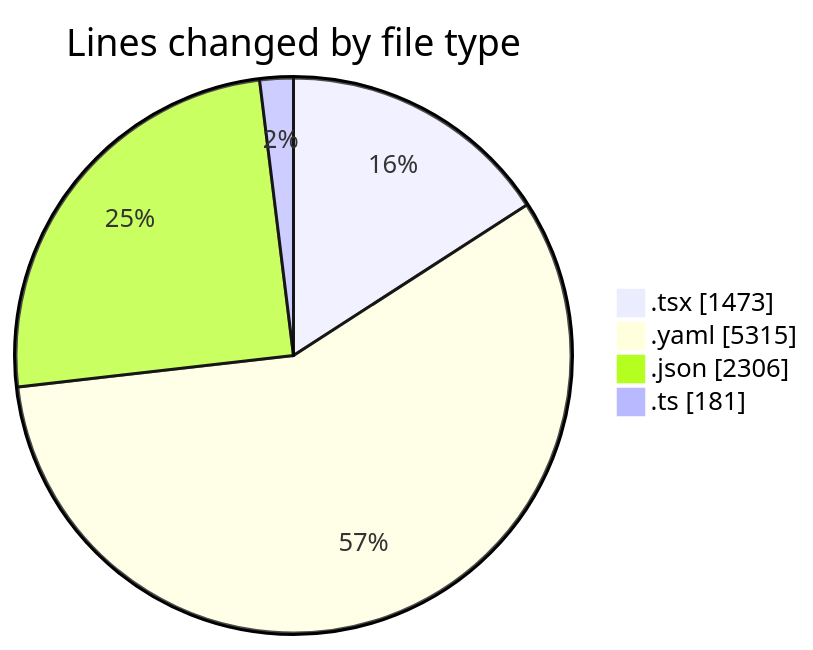
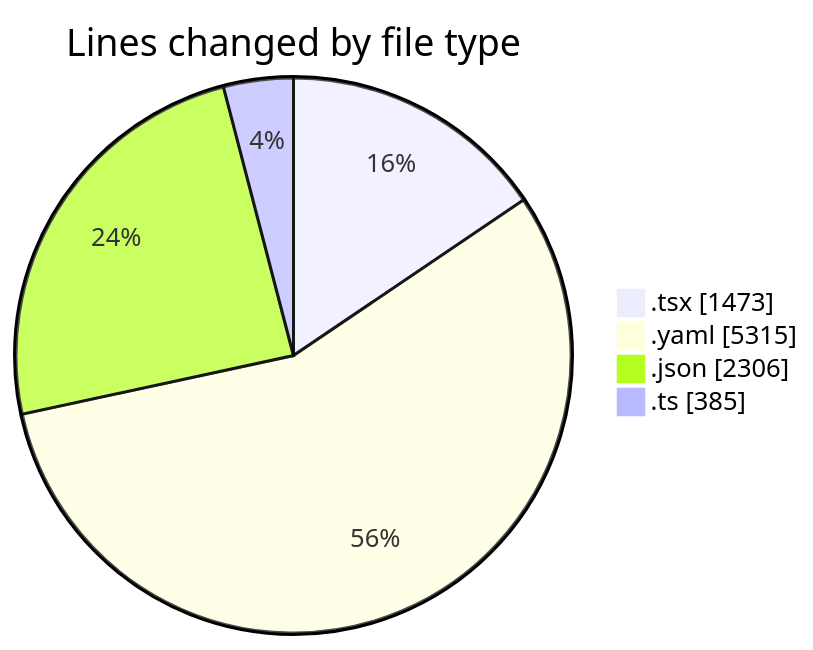
The first of 2 diagrams in 2025-11-07/eventscop-frontend-guide__workspace_/README.md (julien-gomy/code-tracking), drawn with Mermaid before and after one commit. The commit also changed other lines of this file and 1 other file, not shown here.

````diff
--- a/2025-11-07/eventscop-frontend-guide__workspace_/README.md
+++ b/2025-11-07/eventscop-frontend-guide__workspace_/README.md
@@ -40,8 +41,8 @@
 ```mermaid
 pie showData
 title Lines changed by file type
 ".tsx" : 1473
 ".yaml" : 5315
 ".json" : 2306
-".ts" : 181
+".ts" : 385
 ```
````
